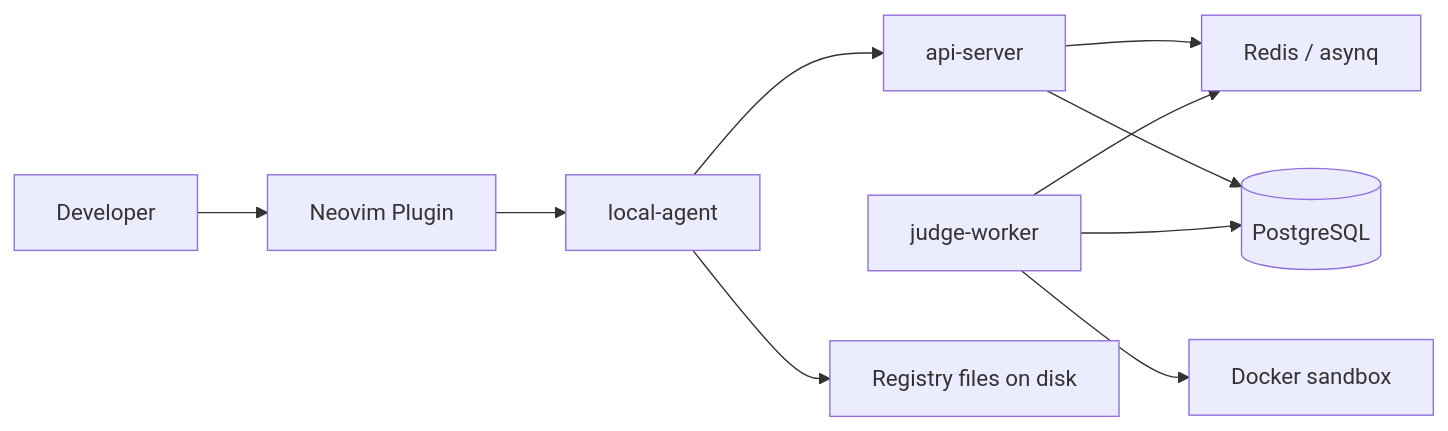
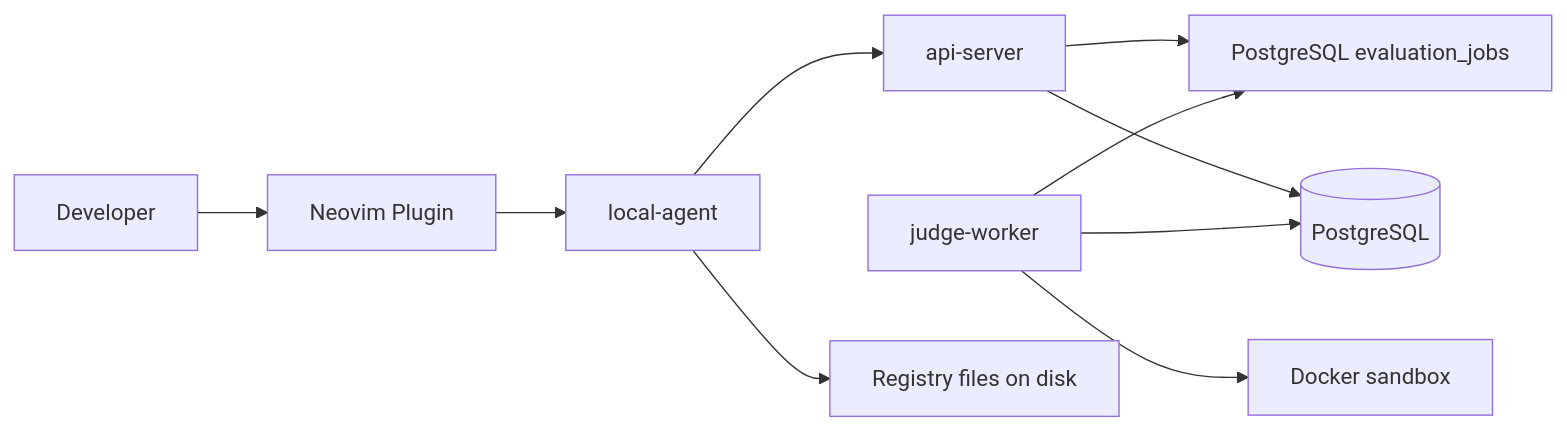
Before and after one commit to tuannm99/judge-loop: the first of 5 diagrams in docs/architecture.md, drawn with Mermaid. The commit also changed other lines of this file and 116 other files, not shown here.

Commit message:
update: move evaluation queue to postgres and add roadmap import

````diff
--- a/docs/architecture.md
+++ b/docs/architecture.md
@@ -30,22 +30,22 @@
 ```mermaid
 flowchart LR
   Developer[Developer]
   Editor[Neovim Plugin]
   LocalAgent[local-agent]
   APIServer[api-server]
-  Queue[Redis / asynq]
+  Queue[PostgreSQL evaluation_jobs]
   Worker[judge-worker]
   Sandbox[Docker sandbox]
   Postgres[(PostgreSQL)]
   RegistryFiles[Registry files on disk]
 
   Developer --> Editor
   Editor --> LocalAgent
   LocalAgent --> APIServer
   LocalAgent --> RegistryFiles
   APIServer --> Queue
   APIServer --> Postgres
   Worker --> Queue
   Worker --> Sandbox
   Worker --> Postgres
 ```
````
